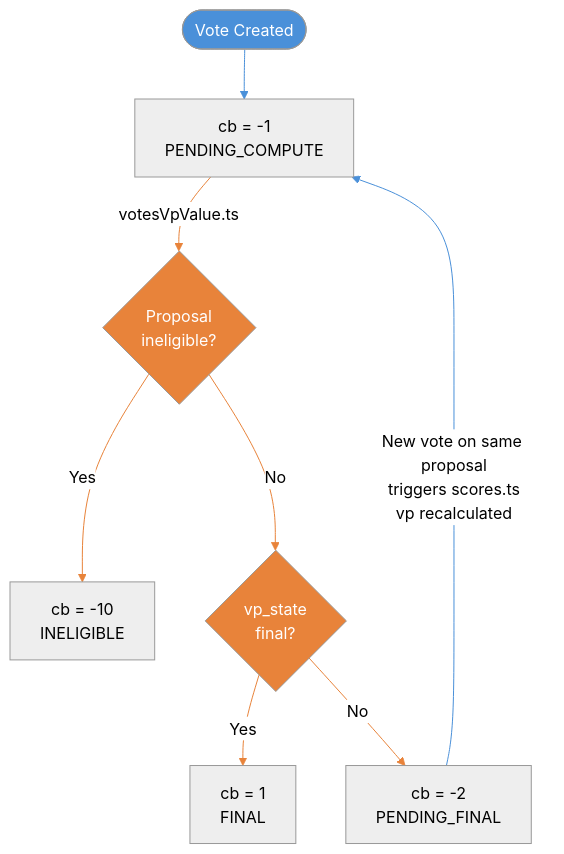
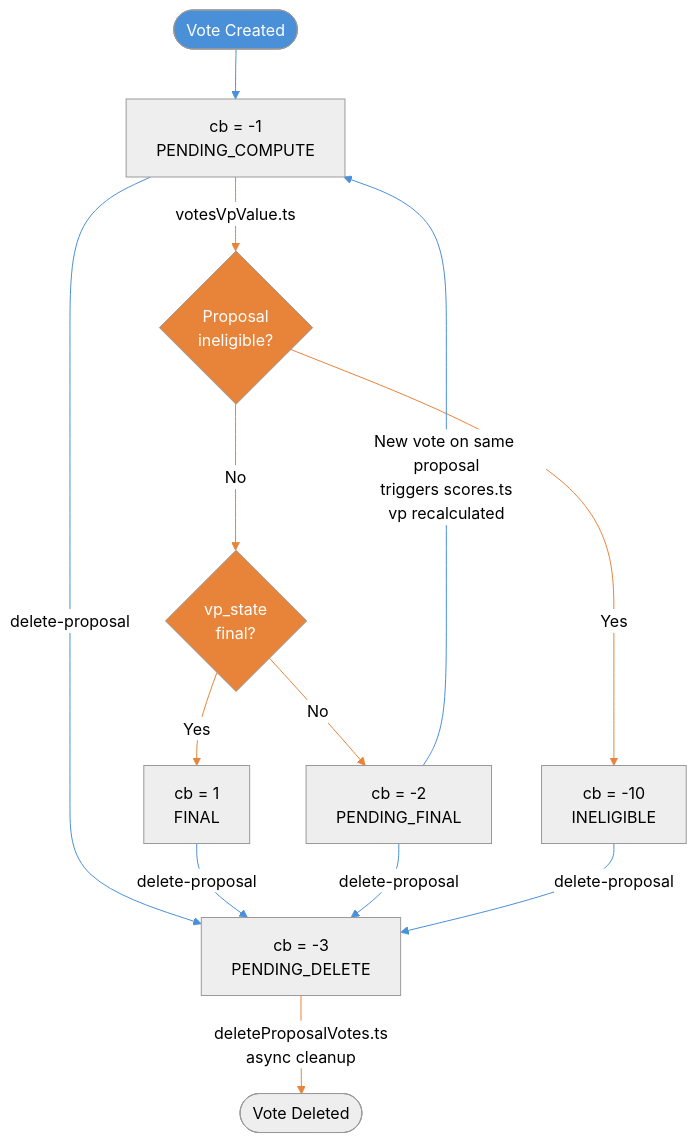
Before and after one commit to snapshot-labs/snapshot-sequencer: the second of 2 diagrams in docs/cb-flow.md, drawn with Mermaid (neutral theme). The commit also changed other lines of this file and 9 other files, not shown here.

````diff
--- a/docs/cb-flow.md
+++ b/docs/cb-flow.md
@@ -47,21 +48,30 @@
 ```mermaid
 flowchart TD
     A([Vote Created]):::user --> B["cb = -1<br>PENDING_COMPUTE"]
     B -->|votesVpValue.ts| F{Proposal<br>ineligible?}
     F -->|Yes| G["cb = -10<br>INELIGIBLE"]
     F -->|No| C{vp_state<br>final?}
     C -->|Yes| D["cb = 1<br>FINAL"]
     C -->|No| E["cb = -2<br>PENDING_FINAL"]
     E -->|New vote on same proposal<br>triggers scores.ts<br>vp recalculated| B
 
+    B -->|delete-proposal| H["cb = -3<br>PENDING_DELETE"]
+    D -->|delete-proposal| H
+    E -->|delete-proposal| H
+    G -->|delete-proposal| H
+    H -->|deleteProposalVotes.ts<br>async cleanup| I([Vote Deleted])
+
     classDef user fill:#4a90d9,color:#fff
     classDef async fill:#e8833a,color:#fff
 
     class A user
     class F,C async
-    class B,D,E,G default
+    class B,D,E,G,H default
+    class I default
 
     linkStyle 0 stroke:#4a90d9
     linkStyle 1,2,3,4,5 stroke:#e8833a
     linkStyle 6 stroke:#4a90d9
+    linkStyle 7,8,9,10 stroke:#4a90d9
+    linkStyle 11 stroke:#e8833a
 ```
````
